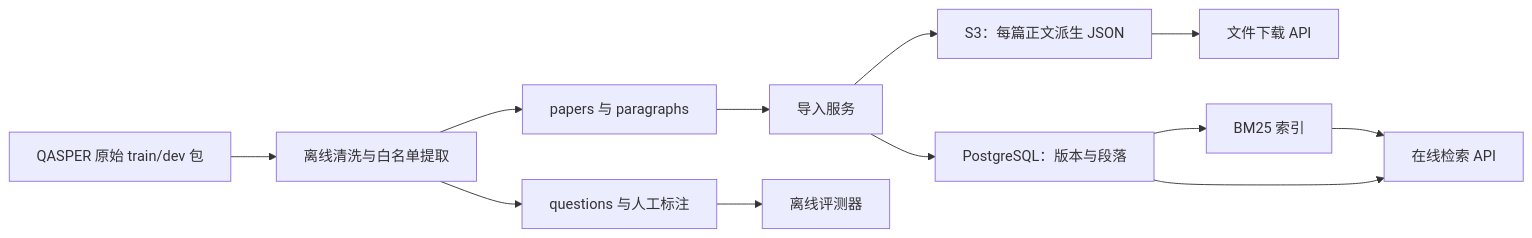
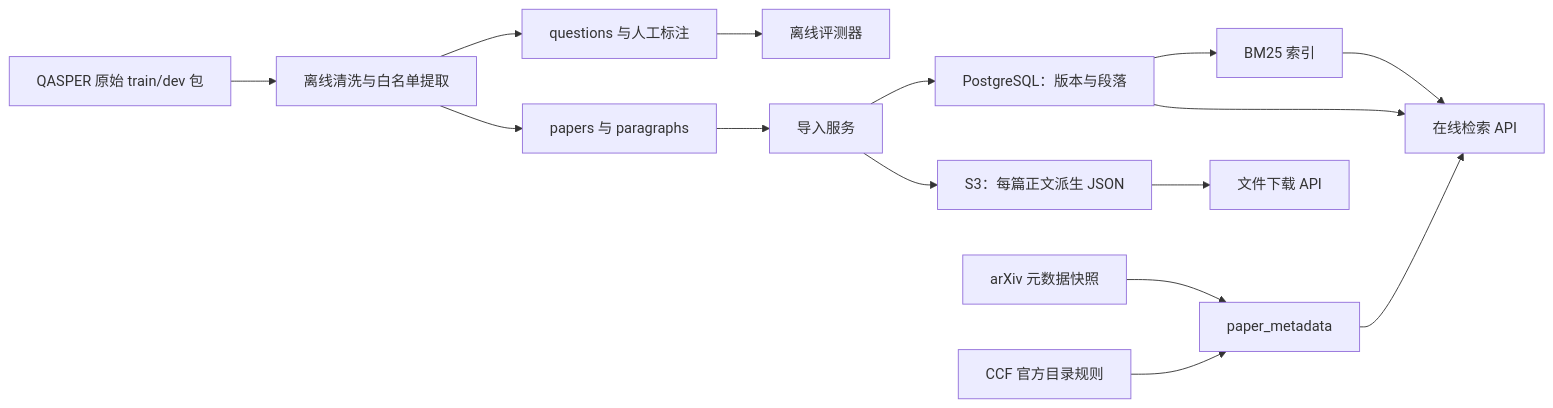
The first of 3 diagrams in docs/架构选型与数据流.md (12345XL/Academic-Research-Assistant-Agent), drawn with Mermaid before and after one commit. The commit also changed other lines of this file and 26 other files, not shown here.

Commit message:
Add paper metadata sorting

````diff
--- a/docs/架构选型与数据流.md
+++ b/docs/架构选型与数据流.md
@@ -93,14 +94,17 @@
 ```mermaid
 flowchart LR
     R[QASPER 原始 train/dev 包] --> C[离线清洗与白名单提取]
     C --> T[papers 与 paragraphs]
     C --> G[questions 与人工标注]
+    X[arXiv 元数据快照] --> M[paper_metadata]
+    F[CCF 官方目录规则] --> M
     G --> E[离线评测器]
     T --> I[导入服务]
     I --> S[S3：每篇正文派生 JSON]
     I --> P[PostgreSQL：版本与段落]
     P --> B[BM25 索引]
     B --> A[在线检索 API]
     P --> A
+    M --> A
     S --> D[文件下载 API]
 ```
````
